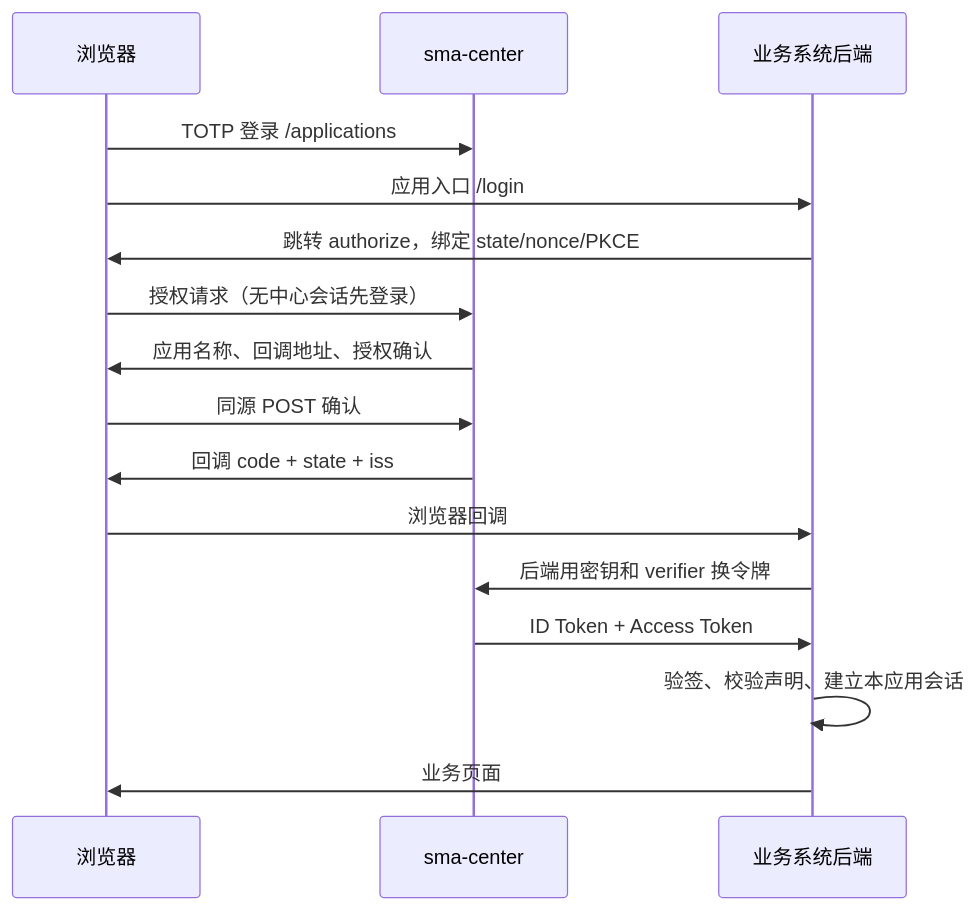
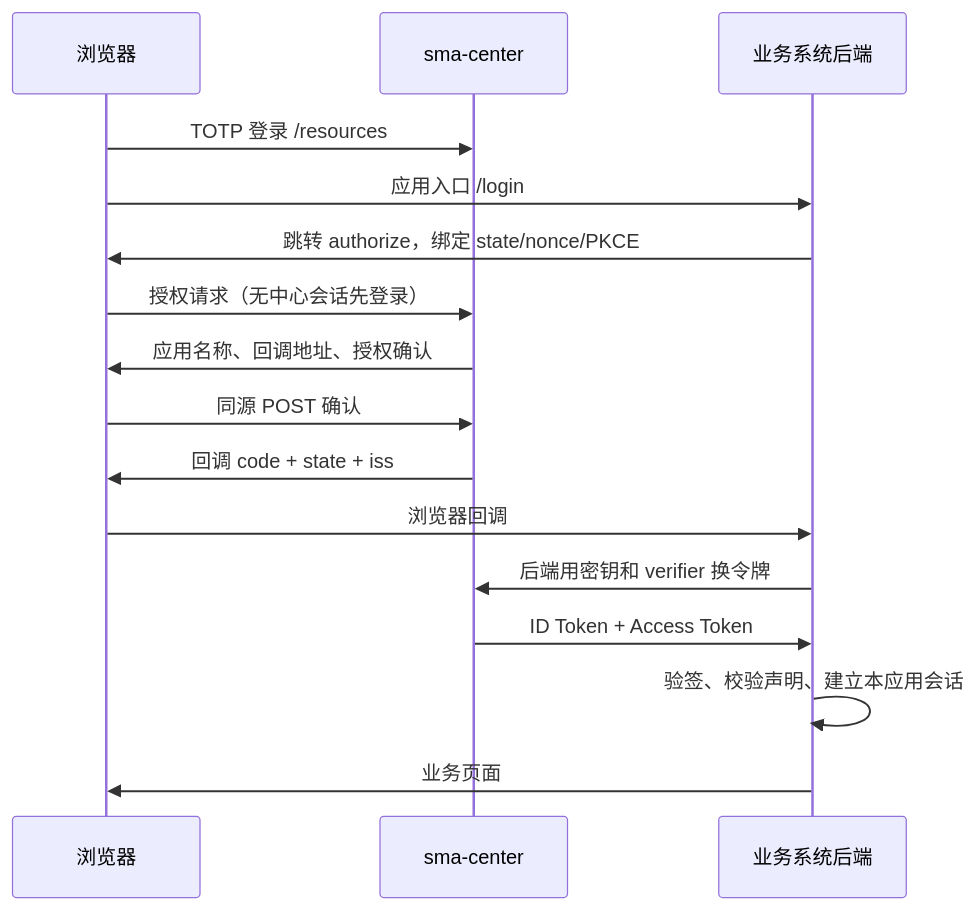
The diagram in docs/sso-integration.md (Leexxin/sma-center), drawn with Mermaid before and after one commit. The commit also changed other lines of this file and 19 other files, not shown here.

Commit message:
fix: integrate applications into resources and repair console interactions

````diff
--- a/docs/sso-integration.md
+++ b/docs/sso-integration.md
@@ -11,18 +11,18 @@
 ```mermaid
 sequenceDiagram
   participant U as 浏览器
   participant C as sma-center
   participant B as 业务系统后端
-  U->>C: TOTP 登录 /applications
+  U->>C: TOTP 登录 /resources
   U->>B: 应用入口 /login
   B->>U: 跳转 authorize，绑定 state/nonce/PKCE
   U->>C: 授权请求（无中心会话先登录）
   C->>U: 应用名称、回调地址、授权确认
   U->>C: 同源 POST 确认
   C->>U: 回调 code + state + iss
   U->>B: 浏览器回调
   B->>C: 后端用密钥和 verifier 换令牌
   C->>B: ID Token + Access Token
   B->>B: 验签、校验声明、建立本应用会话
   B->>U: 业务页面
 ```
````
